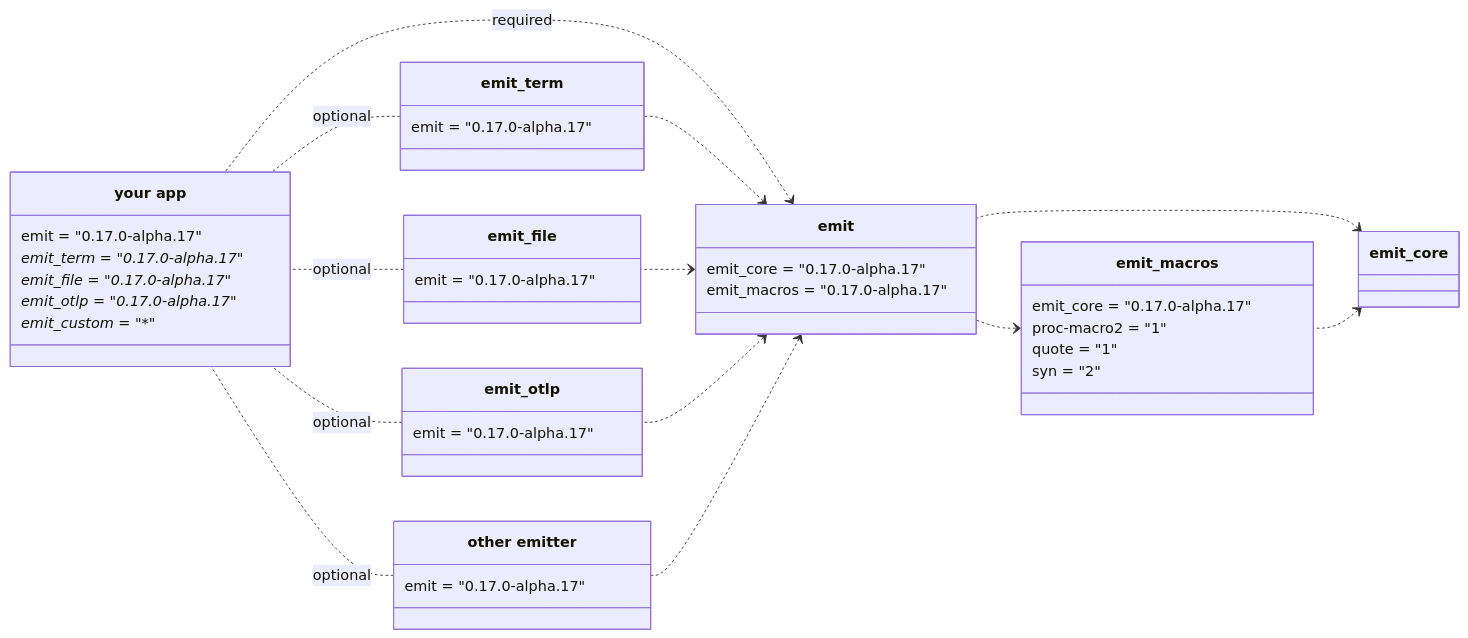
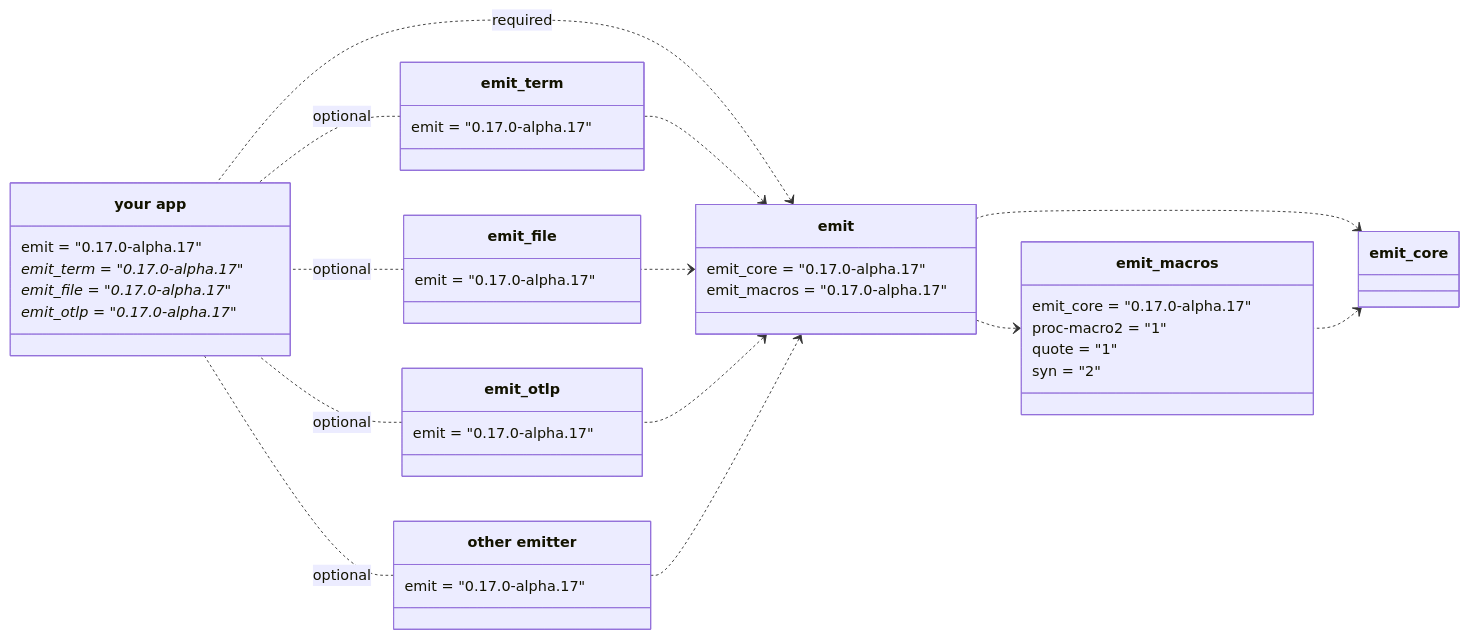
Before and after one commit to emit-rs/emit: the first of 4 diagrams in book/src/reference/architecture.md, drawn with Mermaid. The commit also changed other lines of this file and 1 other file, not shown here.

````diff
--- a/book/src/reference/architecture.md
+++ b/book/src/reference/architecture.md
@@ -9,63 +9,62 @@
 ```mermaid
 classDiagram
     direction RL
     
     emit_core <.. emit_macros
     emit_core <.. emit
     emit_macros <.. emit
 
     class emit_macros {
         emit_core = "0.17.0-alpha.17"
         proc-macro2 = "1"
         quote = "1"
         syn = "2"
     }
 
     emit <.. emit_term
     emit <.. emit_file
     emit <.. emit_otlp
     emit <.. emit_custom
 
     emit <.. app : required
 
     class emit {
         emit_core = "0.17.0-alpha.17"
         emit_macros = "0.17.0-alpha.17"
     }
 
     emit_term .. app : optional
     emit_file .. app : optional
     emit_otlp .. app : optional
     emit_custom .. app : optional
 
     class emit_term {
         emit = "0.17.0-alpha.17"
     }
 
     class emit_file {
         emit = "0.17.0-alpha.17"
     }
 
     class emit_otlp {
         emit = "0.17.0-alpha.17"
     }
 
     class emit_custom["other emitter"] {
         emit = "0.17.0-alpha.17"
     }
 
     class app["your app"] {
         emit = "0.17.0-alpha.17"
         emit_term = "0.17.0-alpha.17"*
         emit_file = "0.17.0-alpha.17"*
         emit_otlp = "0.17.0-alpha.17"*
-        emit_custom = "*"*
     }
 
     click emit_core href "https://docs.rs/emit_core/0.11.0-alpha.17/emit_core/index.html"
     click emit_macros href "https://docs.rs/emit_macros/0.11.0-alpha.17/emit_macros/index.html"
     click emit href "https://docs.rs/emit/0.11.0-alpha.17/emit/index.html"
     click emit_term href "https://docs.rs/emit_term/0.11.0-alpha.17/emit_term/index.html"
     click emit_file href "https://docs.rs/emit_file/0.11.0-alpha.17/emit_file/index.html"
     click emit_otlp href "https://docs.rs/emit_otlp/0.11.0-alpha.17/emit_otlp/index.html"
 ```
````
